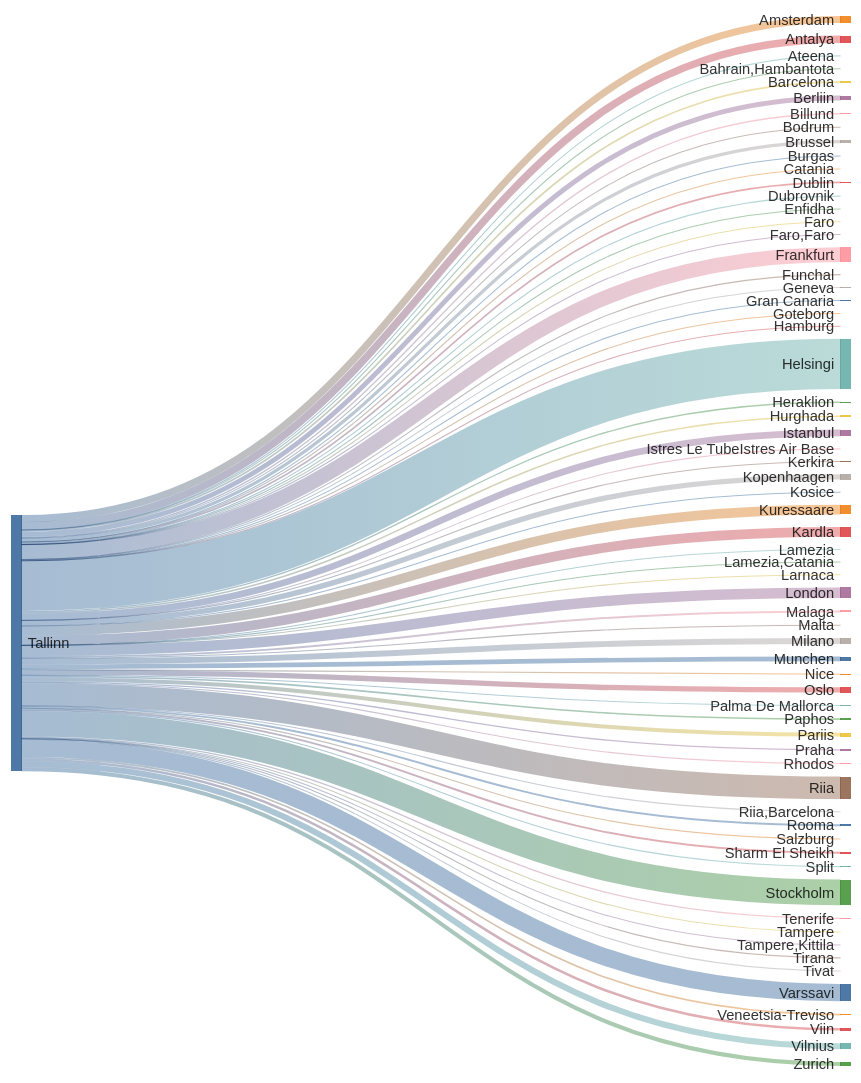
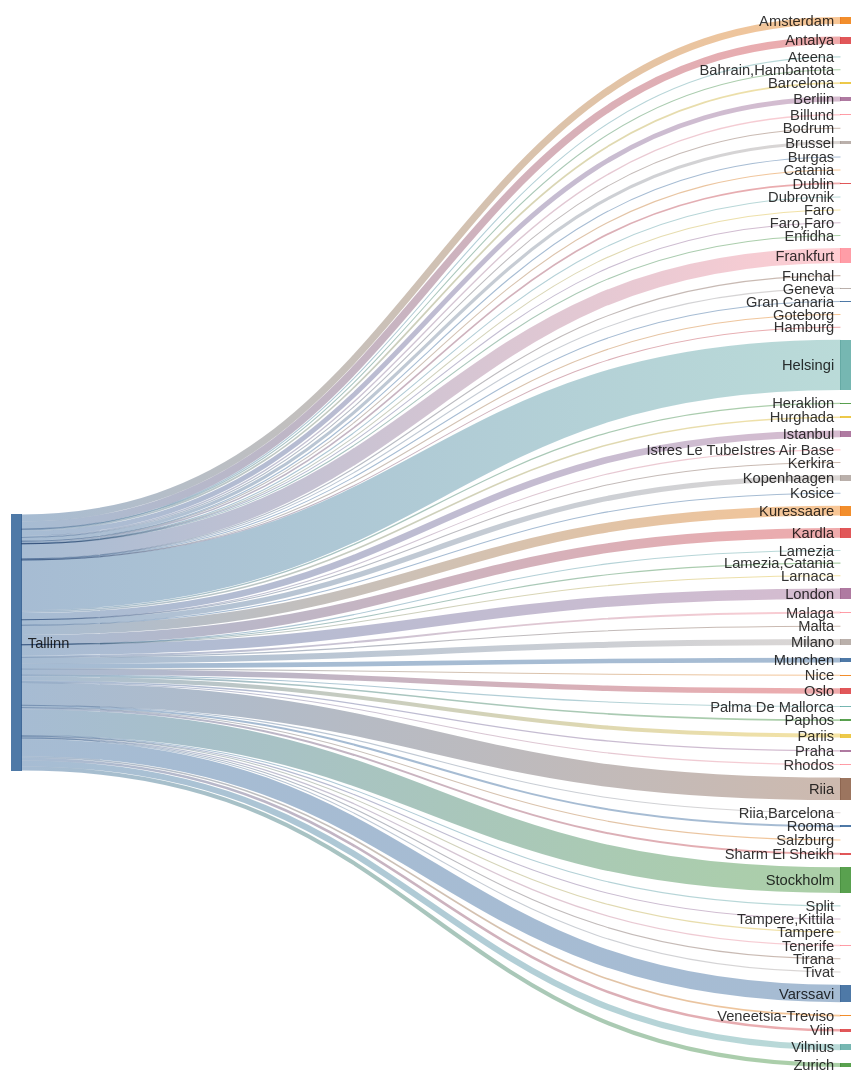
Before and after one commit to rainermesi/tll-airport-departures: the second of 2 diagrams in README.md, drawn with Mermaid. The commit also changed other lines of this file, not shown here.

````diff
--- a/README.md
+++ b/README.md
@@ -34,77 +34,77 @@
 ```mermaid
 ---
 config:
   sankey:
     showValues: false
     width: 800
     height: 1000
 ---
 sankey-beta
 %% source,target,value
-Tallinn,Amsterdam,255
-Tallinn,Antalya,270
+Tallinn,Amsterdam,256
+Tallinn,Antalya,271
 Tallinn,Ateena,16
 Tallinn,"Bahrain,Hambantota",1
-Tallinn,Barcelona,61
+Tallinn,Barcelona,62
 Tallinn,Berliin,178
 Tallinn,Billund,49
 Tallinn,Bodrum,11
 Tallinn,Brussel,116
 Tallinn,Burgas,21
 Tallinn,Catania,2
 Tallinn,Dublin,60
 Tallinn,Dubrovnik,21
 Tallinn,Enfidha,7
 Tallinn,Faro,4
 Tallinn,"Faro,Faro",1
-Tallinn,Frankfurt,539
+Tallinn,Frankfurt,541
 Tallinn,Funchal,5
 Tallinn,Geneva,9
 Tallinn,Gran Canaria,30
 Tallinn,Goteborg,1
 Tallinn,Hamburg,1
-Tallinn,Helsingi,1823
+Tallinn,Helsingi,1832
 Tallinn,Heraklion,46
-Tallinn,Hurghada,54
-Tallinn,Istanbul,242
+Tallinn,Hurghada,55
+Tallinn,Istanbul,243
 Tallinn,Istres Le TubeIstres Air Base,2
 Tallinn,Kerkira,4
 Tallinn,Kopenhaagen,194
 Tallinn,Kosice,1
-Tallinn,Kuressaare,353
-Tallinn,Kardla,353
+Tallinn,Kuressaare,355
+Tallinn,Kardla,355
 Tallinn,Lamezia,1
 Tallinn,"Lamezia,Catania",3
 Tallinn,Larnaca,4
-Tallinn,London,380
+Tallinn,London,382
 Tallinn,Malaga,71
 Tallinn,Malta,15
-Tallinn,Milano,217
-Tallinn,Munchen,171
+Tallinn,Milano,218
+Tallinn,Munchen,172
 Tallinn,Nice,25
 Tallinn,Oslo,196
 Tallinn,Palma De Mallorca,19
 Tallinn,Paphos,58
 Tallinn,Pariis,147
 Tallinn,Praha,49
 Tallinn,Rhodos,32
-Tallinn,Riia,817
+Tallinn,Riia,820
 Tallinn,"Riia,Barcelona",1
 Tallinn,Rooma,72
 Tallinn,Salzburg,10
-Tallinn,Sharm El Sheikh,69
+Tallinn,Sharm El Sheikh,70
 Tallinn,Split,25
-Tallinn,Stockholm,933
+Tallinn,Stockholm,935
 Tallinn,Tampere,17
-Tallinn,"Tampere,Kittila",13
+Tallinn,"Tampere,Kittila",14
 Tallinn,Tenerife,46
 Tallinn,Tirana,8
 Tallinn,Tivat,26
-Tallinn,Varssavi,628
+Tallinn,Varssavi,631
 Tallinn,Veneetsia-Treviso,59
 Tallinn,Viin,94
-Tallinn,Vilnius,222
+Tallinn,Vilnius,224
 Tallinn,Zurich,149
 
 
 ```
````
